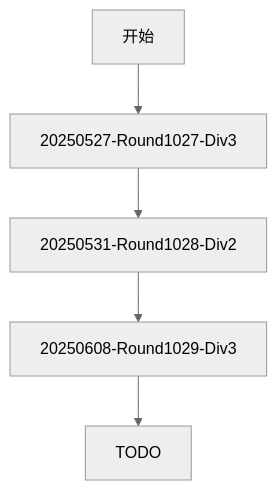
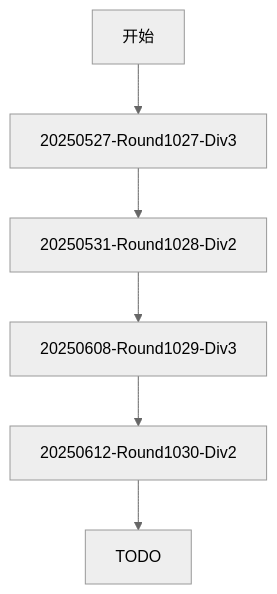
Before and after one commit to Thintime123/CodeforcesReflect: the diagram in README.md, drawn with Mermaid (neutral theme). The commit also changed other lines of this file and 2 other files, not shown here.

Commit message:
docs: init the Codeforces Round1030Div2

````diff
--- a/README.md
+++ b/README.md
@@ -7,15 +7,17 @@
 ```mermaid
 graph TD
 A[开始] 
 -->
 B[20250527-Round1027-Div3]
 -->
 C[20250531-Round1028-Div2]
 -->
 D[20250608-Round1029-Div3]
 -->
+E[20250612-Round1030-Div2]
+-->
 END[TODO]
 %% B --> C{是否完成?}
 %% C -->|是| D[结束]
 %% C -->|否| B
 ```
````
